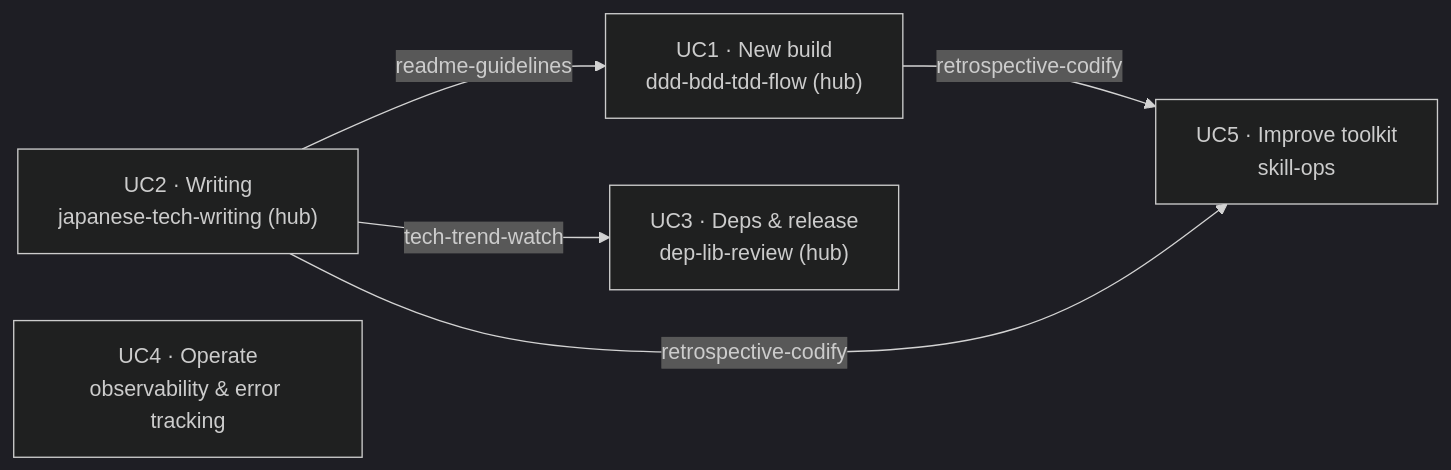
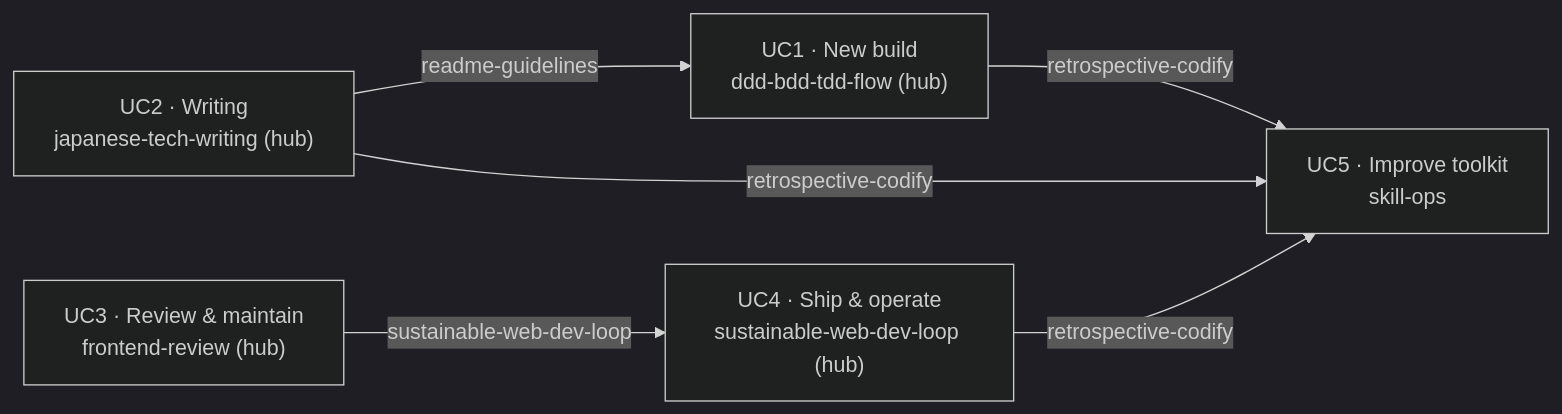
One commit to krkrkrr/skills changed the diagram in README.md. Above: the diagram before and after it, drawn with Mermaid (dark theme). The commit also changed other lines of this file and 32 other files, not shown here.

First line of the commit message:
feat(skills): add sustainable-web-dev-loop, retire six mizchi-derived skills

````diff
--- a/README.md
+++ b/README.md
@@ -59,13 +59,14 @@
 ```mermaid
 flowchart LR
   UC1["UC1 · New build<br/>ddd-bdd-tdd-flow (hub)"]
   UC2["UC2 · Writing<br/>japanese-tech-writing (hub)"]
-  UC3["UC3 · Deps & release<br/>dep-lib-review (hub)"]
-  UC4["UC4 · Operate<br/>observability & error tracking"]
+  UC3["UC3 · Review & maintain<br/>frontend-review (hub)"]
+  UC4["UC4 · Ship & operate<br/>sustainable-web-dev-loop (hub)"]
   UC5["UC5 · Improve toolkit<br/>skill-ops"]
 
   UC2 -->|readme-guidelines| UC1
-  UC2 -->|tech-trend-watch| UC3
+  UC3 -->|sustainable-web-dev-loop| UC4
   UC1 -->|retrospective-codify| UC5
   UC2 -->|retrospective-codify| UC5
+  UC4 -->|retrospective-codify| UC5
 ```
````
